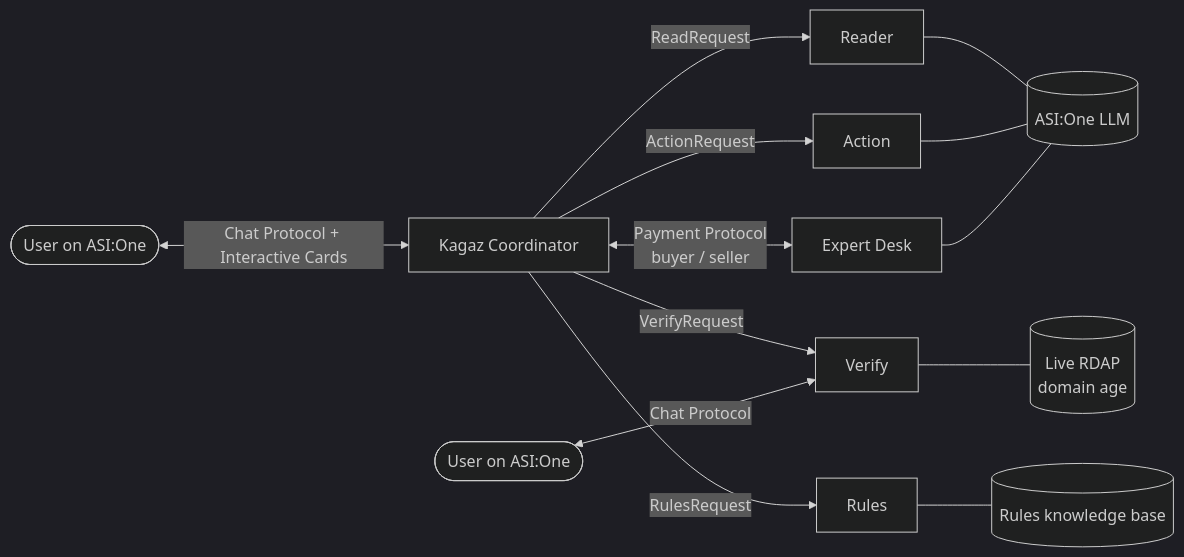
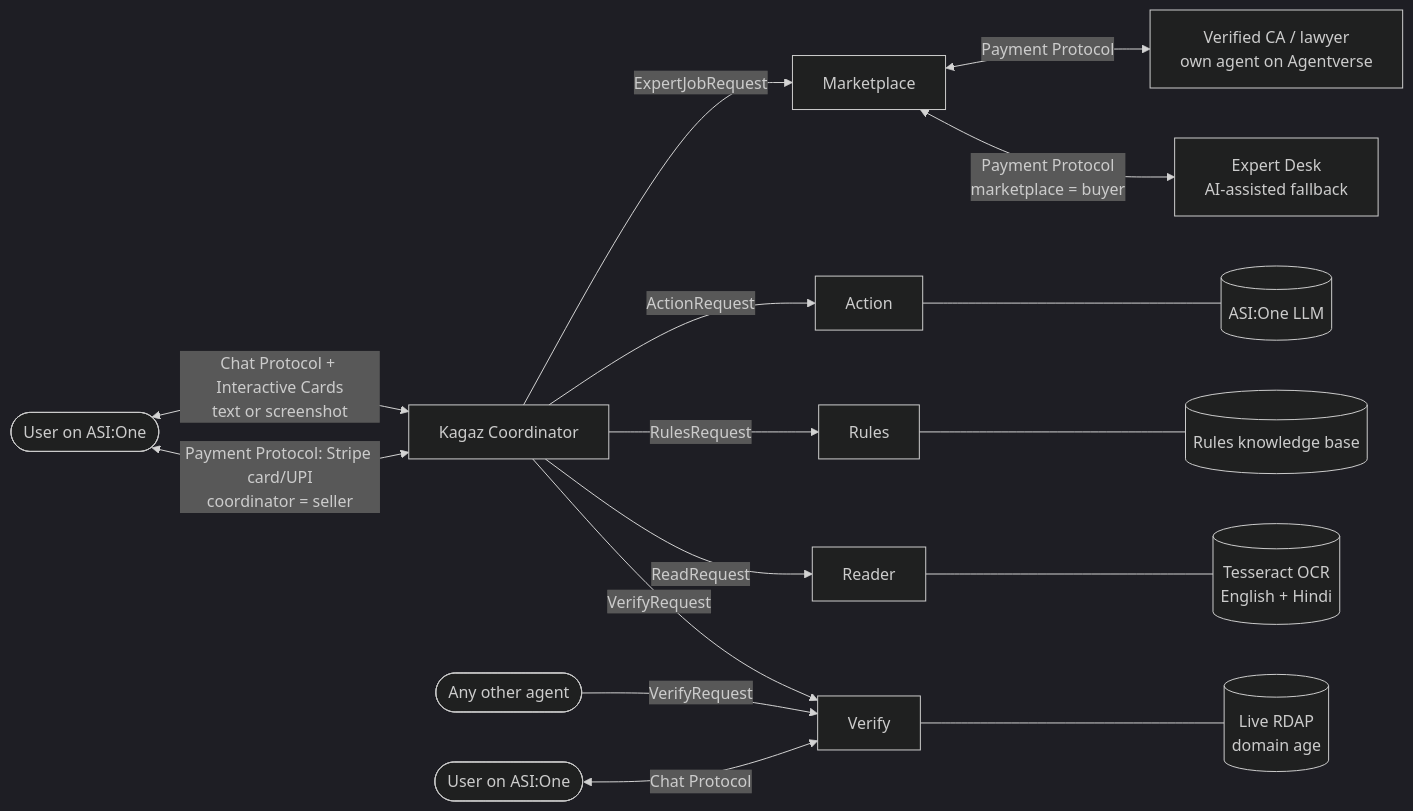
The diagram in README.md (aryanty4gi/kagaz-ai), drawn with Mermaid (dark theme) before and after one commit. The commit also changed other lines of this file and 24 other files, not shown here.

First line of the commit message:
Expert marketplace, Stripe payment gateway, Verify as a service, GST/court/school notices

````diff
--- a/README.md
+++ b/README.md
@@ -45,15 +46,18 @@
 ```mermaid
 flowchart LR
-    U([User on ASI:One]) <-->|Chat Protocol + Interactive Cards| C[Kagaz Coordinator]
+    U([User on ASI:One]) <-->|Chat Protocol + Interactive Cards<br/>text or screenshot| C[Kagaz Coordinator]
+    U <-->|Payment Protocol: Stripe card/UPI<br/>coordinator = seller| C
     C -->|ReadRequest| R[Reader]
     C -->|VerifyRequest| V[Verify]
     C -->|RulesRequest| RU[Rules]
     C -->|ActionRequest| A[Action]
-    C <-->|Payment Protocol<br/>buyer / seller| E[Expert Desk]
-    R --- LLM[(ASI:One LLM)]
+    C -->|ExpertJobRequest| M[Marketplace]
+    M <-->|Payment Protocol<br/>marketplace = buyer| E1[Expert Desk<br/>AI-assisted fallback]
+    M <-->|Payment Protocol| E2[Verified CA / lawyer<br/>own agent on Agentverse]
+    R --- OCR[(Tesseract OCR<br/>English + Hindi)]
     V --- RDAP[(Live RDAP<br/>domain age)]
     RU --- KB[(Rules knowledge base)]
-    A --- LLM
-    E --- LLM
+    A --- LLM[(ASI:One LLM)]
+    X([Any other agent]) -->|VerifyRequest| V
     U2([User on ASI:One]) <-->|Chat Protocol| V
 ```
````
